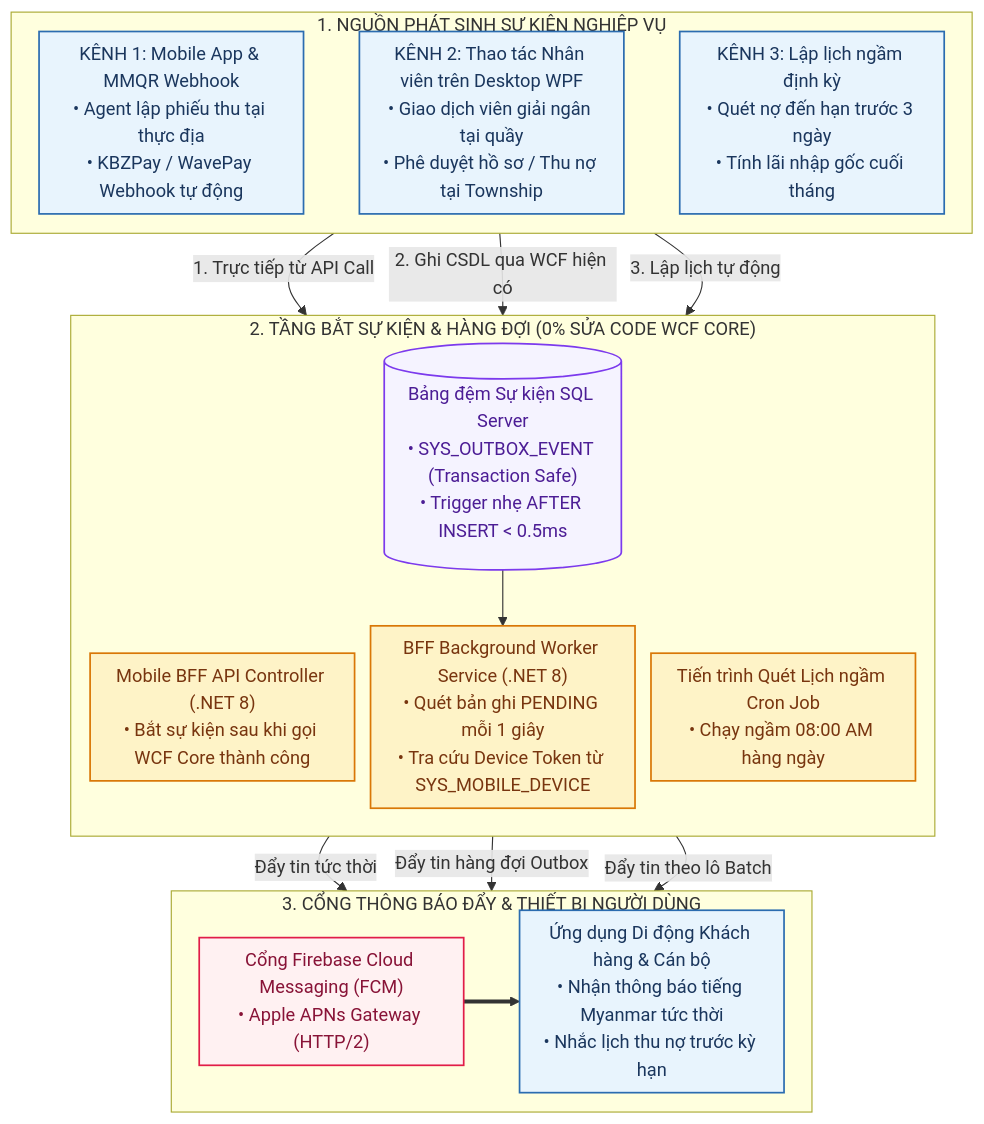
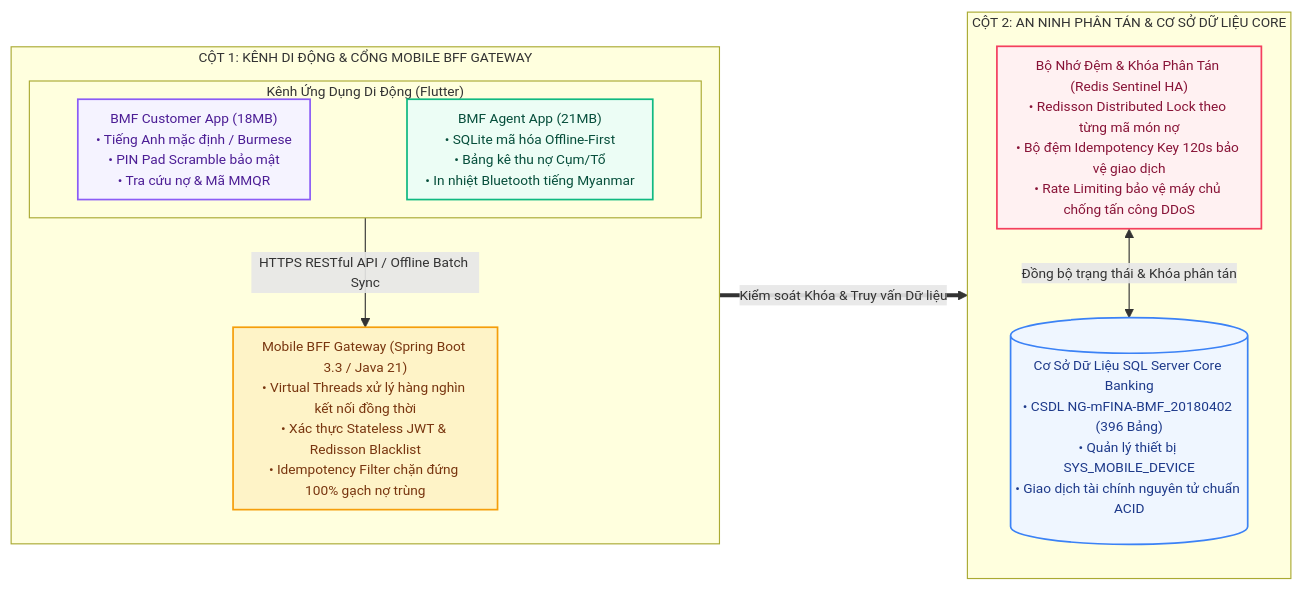
The second of 4 diagrams in docs/mobile_app_proposal.md (chapisoft/mifinace), drawn with Mermaid before and after one commit. The commit also changed other lines of this file and 660 other files, not shown here.

````diff
--- a/docs/mobile_app_proposal.md
+++ b/docs/mobile_app_proposal.md
@@ -169,41 +89,30 @@
 ```mermaid
-%%{init: {'flowchart': {'nodeSpacing': 14, 'rankSpacing': 24, 'padding': 8}}}%%
-flowchart TD
-    %% 1. NGUỒN PHÁT SINH SỰ KIỆN
-    subgraph S_SOURCES ["1. NGUỒN PHÁT SINH SỰ KIỆN NGHIỆP VỤ"]
-        direction LR
-        SRC_MOB["KÊNH 1: Mobile App & MMQR Webhook<br/>• Agent lập phiếu thu tại thực địa<br/>• KBZPay / WavePay Webhook tự động"]:::cClient ~~~ SRC_DESK["KÊNH 2: Thao tác Nhân viên trên Desktop WPF<br/>• Giao dịch viên giải ngân tại quầy<br/>• Phê duyệt hồ sơ / Thu nợ tại Township"]:::cClient ~~~ SRC_CRON["KÊNH 3: Lập lịch ngầm định kỳ<br/>• Quét nợ đến hạn trước 3 ngày<br/>• Tính lãi nhập gốc cuối tháng"]:::cClient
+%%{init: {'flowchart': {'nodeSpacing': 12, 'rankSpacing': 35, 'padding': 8}, 'themeVariables': {'fontSize': '12px', 'fontFamily': 'Inter, Arial, sans-serif'}}}%%
+flowchart LR
+    subgraph S_FRONTEND_GW ["CỘT 1: KÊNH DI ĐỘNG & CỔNG MOBILE BFF GATEWAY"]
+        direction TB
+        subgraph S_APPS ["Kênh Ứng Dụng Di Động (Flutter)"]
+            direction LR
+            APP_CUST["BMF Customer App (18MB)<br/>• Tiếng Anh mặc định / Burmese<br/>• PIN Pad Scramble bảo mật<br/>• Tra cứu nợ & Mã MMQR"]:::cCust ~~~ APP_AGENT["BMF Agent App (21MB)<br/>• SQLite mã hóa Offline-First<br/>• Bảng kê thu nợ Cụm/Tổ<br/>• In nhiệt Bluetooth tiếng Myanmar"]:::cAgent
+        end
+
+        BFF_GW["Mobile BFF Gateway (Spring Boot 3.3 / Java 21)<br/>• Virtual Threads xử lý hàng nghìn kết nối đồng thời<br/>• Xác thực Stateless JWT & Redisson Blacklist<br/>• Idempotency Filter chặn đứng 100% gạch nợ trùng"]:::cGw
+        S_APPS -->|"HTTPS RESTful API / Offline Batch Sync"| BFF_GW
     end
 
-    %% 2. TẦNG BẮT SỰ KIỆN KHÔNG CHẠM CODE CORE
-    subgraph S_CAPTURE ["2. TẦNG BẮT SỰ KIỆN & HÀNG ĐỢI (0% SỬA CODE WCF CORE)"]
+    subgraph S_SECURITY_CORE ["CỘT 2: AN NINH PHÂN TÁN & CƠ SỞ DỮ LIỆU CORE"]
         direction TB
-        BFF_API["Mobile BFF API Controller (.NET 8)<br/>• Bắt sự kiện sau khi gọi WCF Core thành công"]:::cDmz
-        DB_OUTBOX[("Bảng đệm Sự kiện SQL Server<br/>• SYS_OUTBOX_EVENT (Transaction Safe)<br/>• Trigger nhẹ AFTER INSERT < 0.5ms")]:::cDb
-        CRON_SCHED["Tiến trình Quét Lịch ngầm Cron Job<br/>• Chạy ngầm 08:00 AM hàng ngày"]:::cDmz
+        REDIS_HA["Bộ Nhớ Đệm & Khóa Phân Tán (Redis Sentinel HA)<br/>• Redisson Distributed Lock theo từng mã món nợ<br/>• Bộ đệm Idempotency Key 120s bảo vệ giao dịch<br/>• Rate Limiting bảo vệ máy chủ chống tấn công DDoS"]:::cCache
 
-        BFF_WORKER["BFF Background Worker Service (.NET 8)<br/>• Quét bản ghi PENDING mỗi 1 giây<br/>• Tra cứu Device Token từ SYS_MOBILE_DEVICE"]:::cDmz
-        DB_OUTBOX --> BFF_WORKER
+        CORE_DB[("Cơ Sở Dữ Liệu SQL Server Core Banking<br/>• CSDL NG-mFINA-BMF_20180402 (396 Bảng)<br/>• Quản lý thiết bị SYS_MOBILE_DEVICE<br/>• Giao dịch tài chính nguyên tử chuẩn ACID")]:::cDb
+        REDIS_HA <-->|"Đồng bộ trạng thái & Khóa phân tán"| CORE_DB
     end
 
-    %% 3. TẦNG ĐẨY THÔNG BÁO
-    subgraph S_PUSH ["3. CỔNG THÔNG BÁO ĐẨY & THIẾT BỊ NGƯỜI DÙNG"]
-        direction LR
-        FCM_GW["Cổng Firebase Cloud Messaging (FCM)<br/>• Apple APNs Gateway (HTTP/2)"]:::cKafka ==> MOB_USERS["Ứng dụng Di động Khách hàng & Cán bộ<br/>• Nhận thông báo tiếng Myanmar tức thời<br/>• Nhắc lịch thu nợ trước kỳ hạn"]:::cClient
-    end
+    BFF_GW ==>|"Kiểm soát Khóa & Truy vấn Dữ liệu"| S_SECURITY_CORE
 
-    %% LUỒNG TRUYỀN THÔNG
-    SRC_MOB -->|"1. Trực tiếp từ API Call"| BFF_API
-    SRC_DESK -->|"2. Ghi CSDL qua WCF hiện có"| DB_OUTBOX
-    SRC_CRON -->|"3. Lập lịch tự động"| CRON_SCHED
-
-    BFF_API -->|"Đẩy tin tức thời"| FCM_GW
-    BFF_WORKER -->|"Đẩy tin hàng đợi Outbox"| FCM_GW
-    CRON_SCHED -->|"Đẩy tin theo lô Batch"| FCM_GW
-
-    %% KHAI BÁO CLASS STYLES
-    classDef cClient fill:#e8f4fd,stroke:#2b6cb0,stroke-width:1.5px,color:#1a365d;
-    classDef cDmz fill:#fef3c7,stroke:#d97706,stroke-width:1.5px,color:#78350f;
-    classDef cDb fill:#f5f3ff,stroke:#7c3aed,stroke-width:1.5px,color:#4c1d95;
-    classDef cKafka fill:#fff1f2,stroke:#e11d48,stroke-width:1.5px,color:#881337;
+    classDef cCust fill:#f5f3ff,stroke:#8b5cf6,stroke-width:1.5px,color:#4c1d95;
+    classDef cAgent fill:#ecfdf5,stroke:#10b981,stroke-width:1.5px,color:#064e3b;
+    classDef cGw fill:#fef3c7,stroke:#f59e0b,stroke-width:1.5px,color:#78350f;
+    classDef cCache fill:#fff1f2,stroke:#f43f5e,stroke-width:1.5px,color:#881337;
+    classDef cDb fill:#eff6ff,stroke:#3b82f6,stroke-width:1.5px,color:#1e3a8a;
 ```
````
